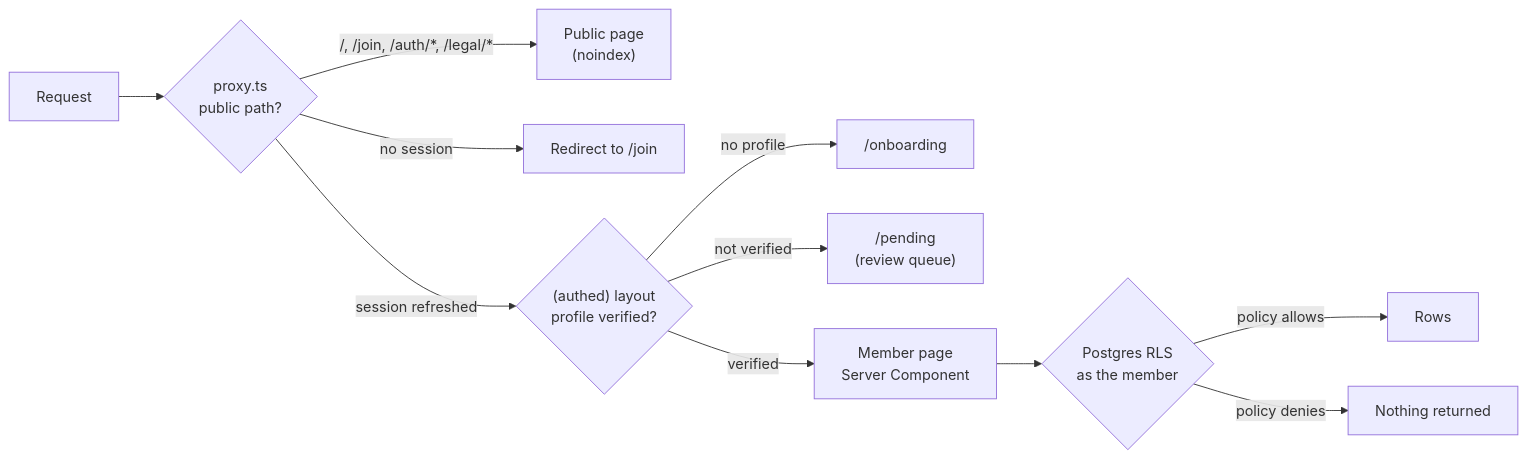
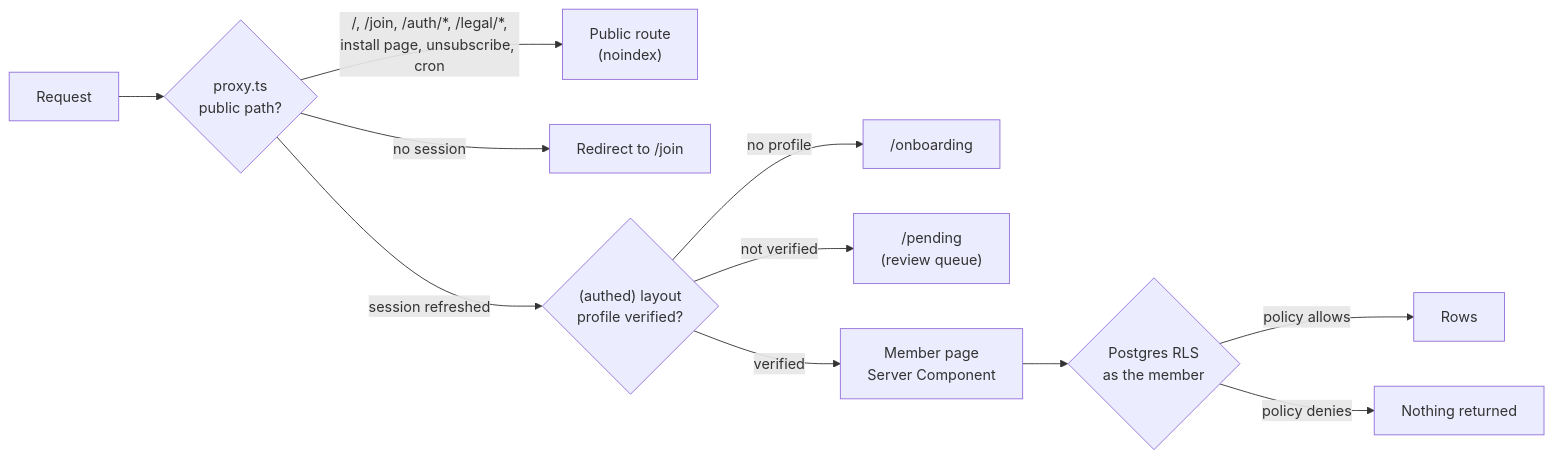
Before and after one commit to AIJSAI/on-the-lees-showcase: the first of 5 diagrams in docs/architecture.md, drawn with Mermaid. The commit also changed other lines of this file and 3 other files, not shown here.

````diff
--- a/docs/architecture.md
+++ b/docs/architecture.md
@@ -11,13 +11,13 @@
 ```mermaid
 flowchart LR
     REQ["Request"] --> PX{"proxy.ts<br/>public path?"}
-    PX -->|"/, /join, /auth/*, /legal/*"| PUB["Public page<br/>(noindex)"]
+    PX -->|"/, /join, /auth/*, /legal/*,<br/>install page, unsubscribe, cron"| PUB["Public route<br/>(noindex)"]
     PX -->|"no session"| JOIN["Redirect to /join"]
     PX -->|"session refreshed"| LAY{"(authed) layout<br/>profile verified?"}
     LAY -->|"no profile"| ONB["/onboarding"]
     LAY -->|"not verified"| PEND["/pending<br/>(review queue)"]
     LAY -->|"verified"| PAGE["Member page<br/>Server Component"]
     PAGE --> RLS{"Postgres RLS<br/>as the member"}
     RLS -->|"policy allows"| ROWS["Rows"]
     RLS -->|"policy denies"| NONE["Nothing returned"]
 ```
````
